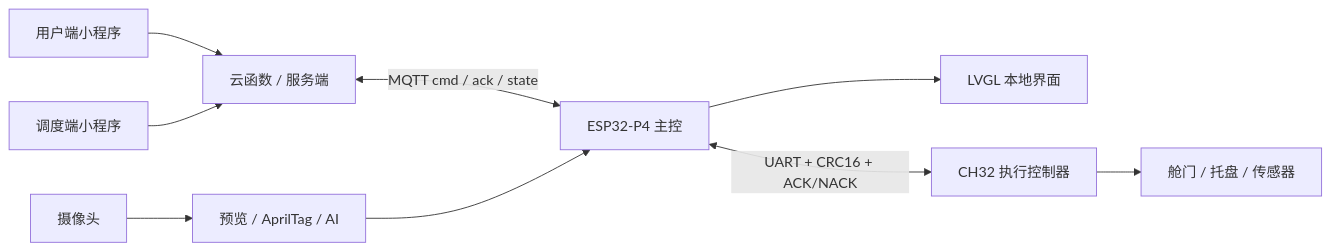
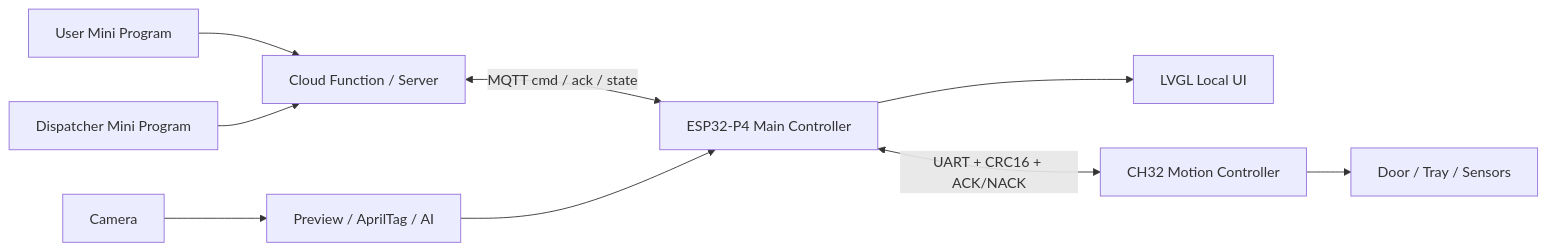
Before and after one commit to xayzyt/Embedded_competition: the diagram in README.md, drawn with Mermaid. The commit also changed other lines of this file and 1 other file, not shown here.

````diff
--- a/README.md
+++ b/README.md
@@ -34,11 +38,11 @@
 ```mermaid
 flowchart LR
-    User["用户端小程序"] --> Cloud["云函数 / 服务端"]
-    Dispatch["调度端小程序"] --> Cloud
-    Cloud <-->|MQTT cmd / ack / state| P4["ESP32-P4 主控"]
-    Camera["摄像头"] --> Vision["预览 / AprilTag / AI"]
+    User["User Mini Program"] --> Cloud["Cloud Function / Server"]
+    Dispatch["Dispatcher Mini Program"] --> Cloud
+    Cloud <-->|MQTT cmd / ack / state| P4["ESP32-P4 Main Controller"]
+    Camera["Camera"] --> Vision["Preview / AprilTag / AI"]
     Vision --> P4
-    P4 --> UI["LVGL 本地界面"]
-    P4 <-->|UART + CRC16 + ACK/NACK| CH32["CH32 执行控制器"]
-    CH32 --> Actuator["舱门 / 托盘 / 传感器"]
+    P4 --> UI["LVGL Local UI"]
+    P4 <-->|UART + CRC16 + ACK/NACK| CH32["CH32 Motion Controller"]
+    CH32 --> Actuator["Door / Tray / Sensors"]
 ```
````
